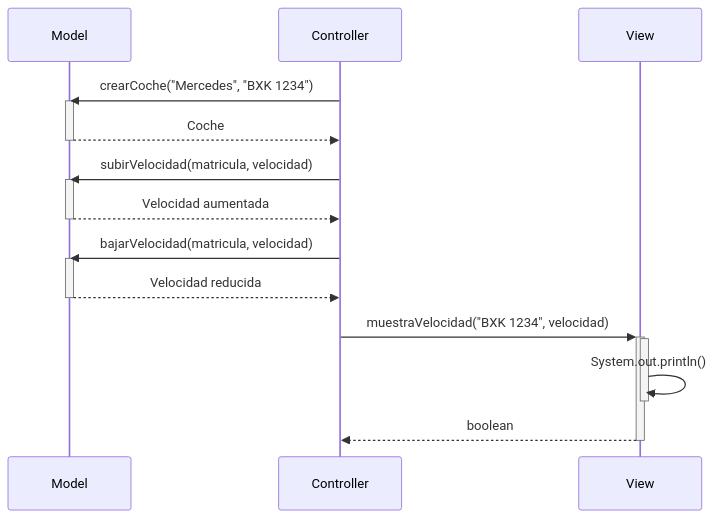
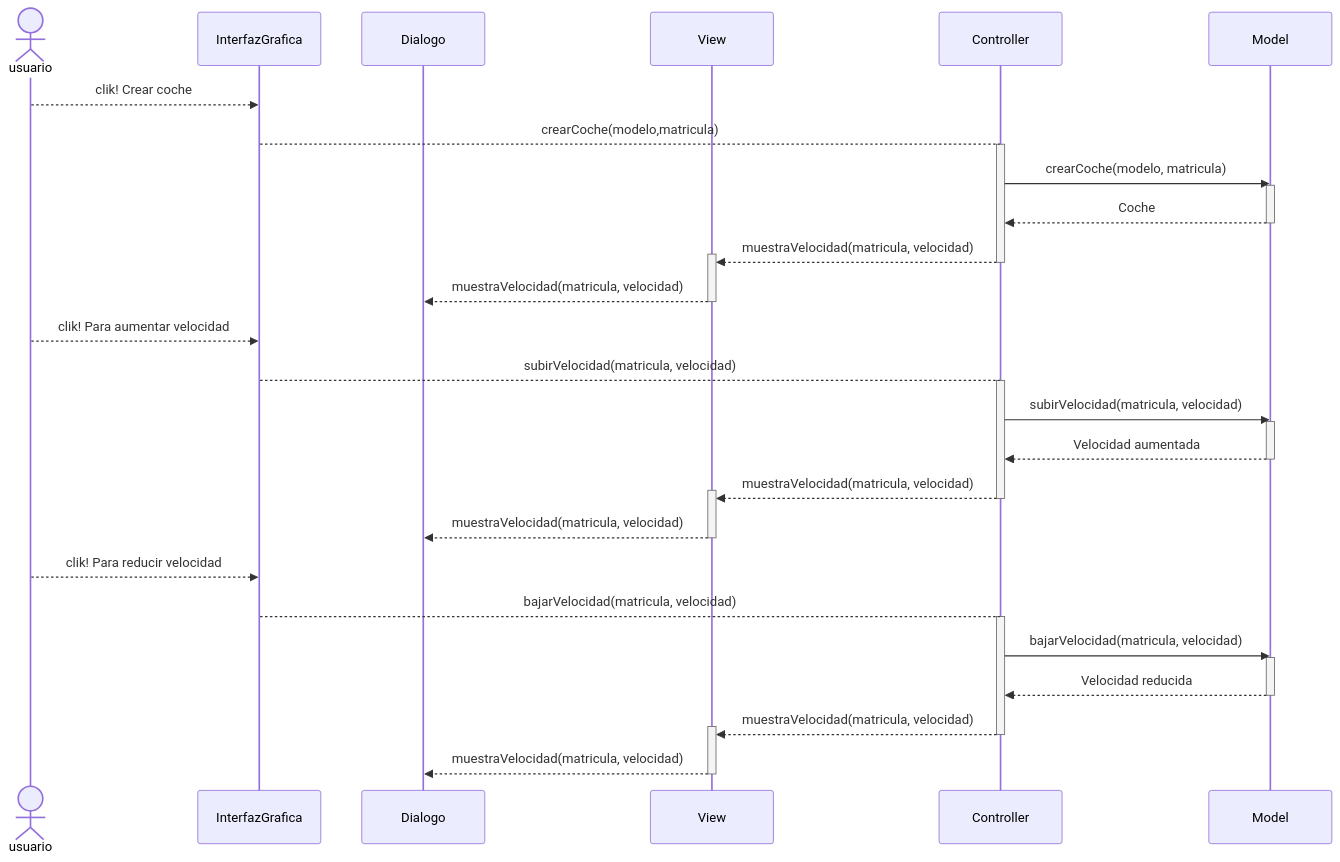
Before and after one commit to damiancastelao/MVC_coches_solucion: the third of 3 diagrams in Readme.md, drawn with Mermaid. The commit also changed other lines of this file, not shown here.

Commit message:
Modificación de diagramas para adaptarlo al MVC

````diff
--- a/Readme.md
+++ b/Readme.md
@@ -67,23 +102,44 @@
 ```mermaid
 sequenceDiagram
+    actor usuario
+    
+        participant InterfazGrafica
+        participant Dialogo
+        participant View
+    
+    participant Controller
     participant Model
-    participant Controller
-    participant View
-    Controller->>Model: crearCoche("Mercedes", "BXK 1234")
+    
+    usuario-->>InterfazGrafica: clik! Crear coche
+    InterfazGrafica-->Controller: crearCoche(modelo,matricula)
+    activate Controller
+    Controller->>Model: crearCoche(modelo, matricula)
     activate Model
     Model-->>Controller: Coche
     deactivate Model
+    Controller-->>+View: muestraVelocidad(matricula, velocidad)
+    deactivate Controller
+    View-->>-Dialogo: muestraVelocidad(matricula, velocidad)
+    
+    usuario-->>InterfazGrafica: clik! Para aumentar velocidad
+    InterfazGrafica-->Controller: subirVelocidad(matricula, velocidad)
+    activate Controller
     Controller->>Model: subirVelocidad(matricula, velocidad)
     activate Model
     Model-->>Controller: Velocidad aumentada
     deactivate Model
+    Controller-->>+View: muestraVelocidad(matricula, velocidad)
+    deactivate Controller
+    View-->>-Dialogo: muestraVelocidad(matricula, velocidad)
+    
+    usuario-->>InterfazGrafica: clik! Para reducir velocidad
+    InterfazGrafica-->Controller: bajarVelocidad(matricula, velocidad)
+    activate Controller
     Controller->>Model: bajarVelocidad(matricula, velocidad)
     activate Model
     Model-->>Controller: Velocidad reducida
     deactivate Model
-    Controller->>+View: muestraVelocidad("BXK 1234", velocidad)
-    activate View
-    View->>-View: System.out.println()
-    View-->>Controller: boolean
-    deactivate View
+    Controller-->>+View: muestraVelocidad(matricula, velocidad)
+    deactivate Controller
+    View-->>-Dialogo: muestraVelocidad(matricula, velocidad)
 ```
````
